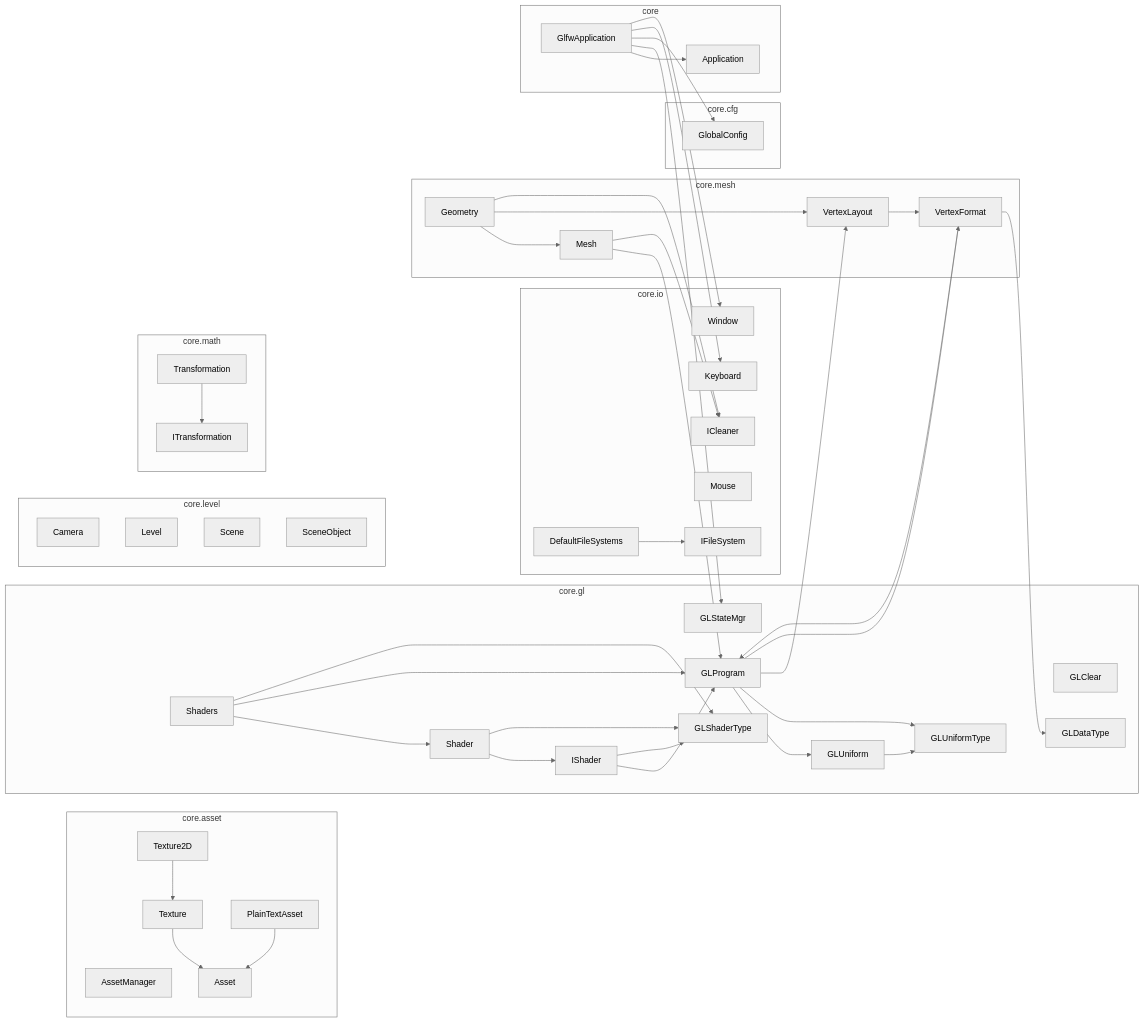
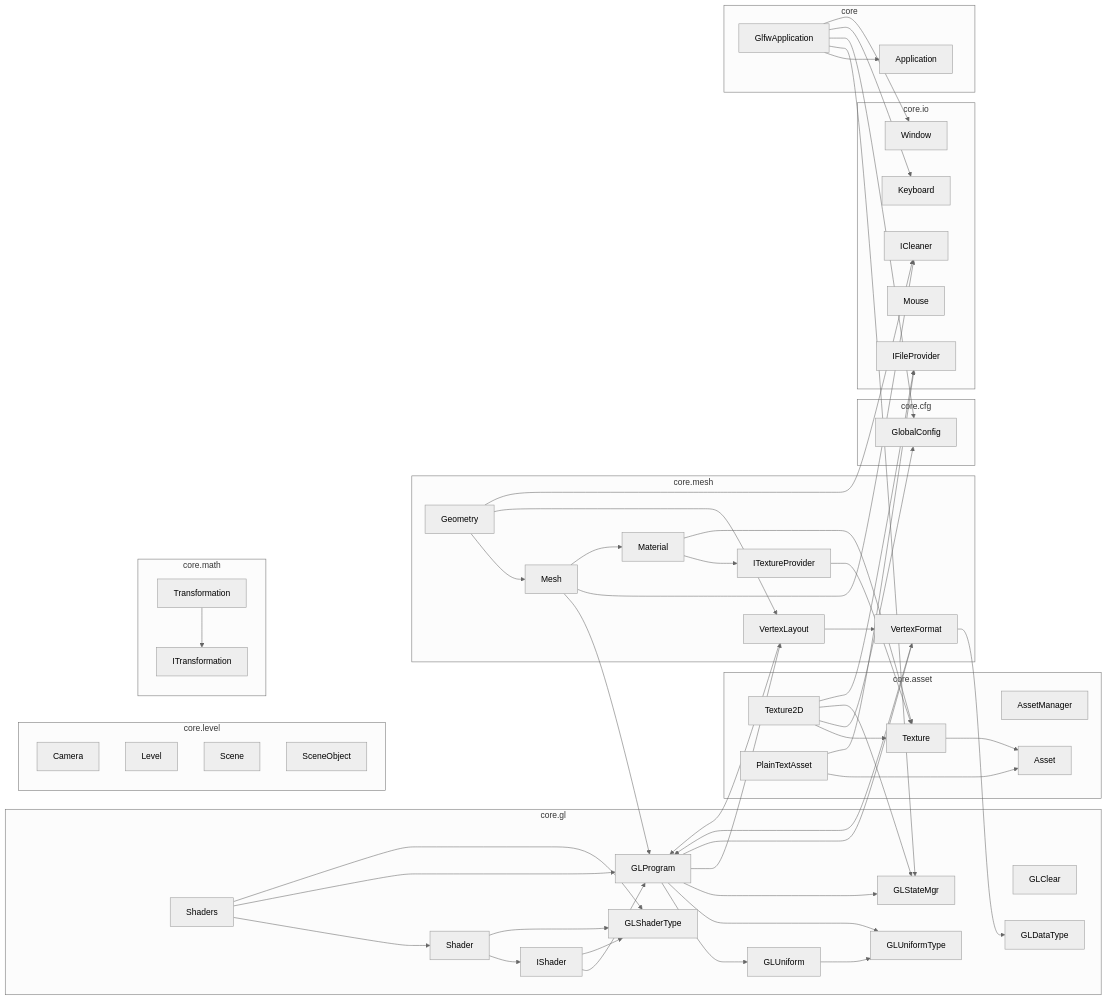
The diagram in README.md (Over-Run/swgl-core), drawn with Mermaid (neutral theme) before and after one commit. The commit also changed 20 other files, not shown here.

````diff
--- a/README.md
+++ b/README.md
@@ -25,52 +25,59 @@
 ```mermaid
 graph LR
 subgraph core.asset
     AssetManager
     Texture2D-->Texture-->Asset
     PlainTextAsset-->Asset
 end
 subgraph core.cfg
     GlobalConfig
 end
 subgraph core.gl
     GLClear
     GLDataType
     Shaders-->Shader-->IShader-->GLProgram-->GLUniform-->GLUniformType
     Shaders-->GLProgram-->GLUniformType
     Shaders-->GLShaderType
     Shader-->GLShaderType
     IShader-->GLShaderType
-    GLStateMgr
+    GLProgram-->GLStateMgr
 end
 subgraph core.io
     ICleaner
-    DefaultFileSystems-->IFileSystem
+    IFileProvider
     Keyboard
     Mouse
     Window
 end
 subgraph core.level
     Camera
     Level
     Scene
     SceneObject
 end
 subgraph core.math
     Transformation-->ITransformation
 end
 subgraph core.mesh
     Geometry-->Mesh-->GLProgram
     Geometry-->VertexLayout-->VertexFormat-->GLDataType
     Geometry-->ICleaner
     Mesh-->ICleaner
+    Mesh-->Material-->ITextureProvider
 end
 subgraph core
     ga[GlfwApplication]-->Application
     ga-->GLStateMgr
     ga-->GlobalConfig
     ga-->Keyboard
     ga-->Window
 end
-VertexFormat-->GLProgram-->VertexLayout
+VertexFormat-->GLProgram-->VertexLayout-->GLProgram
 GLProgram-->VertexFormat
+PlainTextAsset-->IFileProvider
+Texture2D-->GlobalConfig
+Texture2D-->GLStateMgr
+Texture2D-->IFileProvider
+ITextureProvider-->Texture
+Material-->Texture
 ```
````
